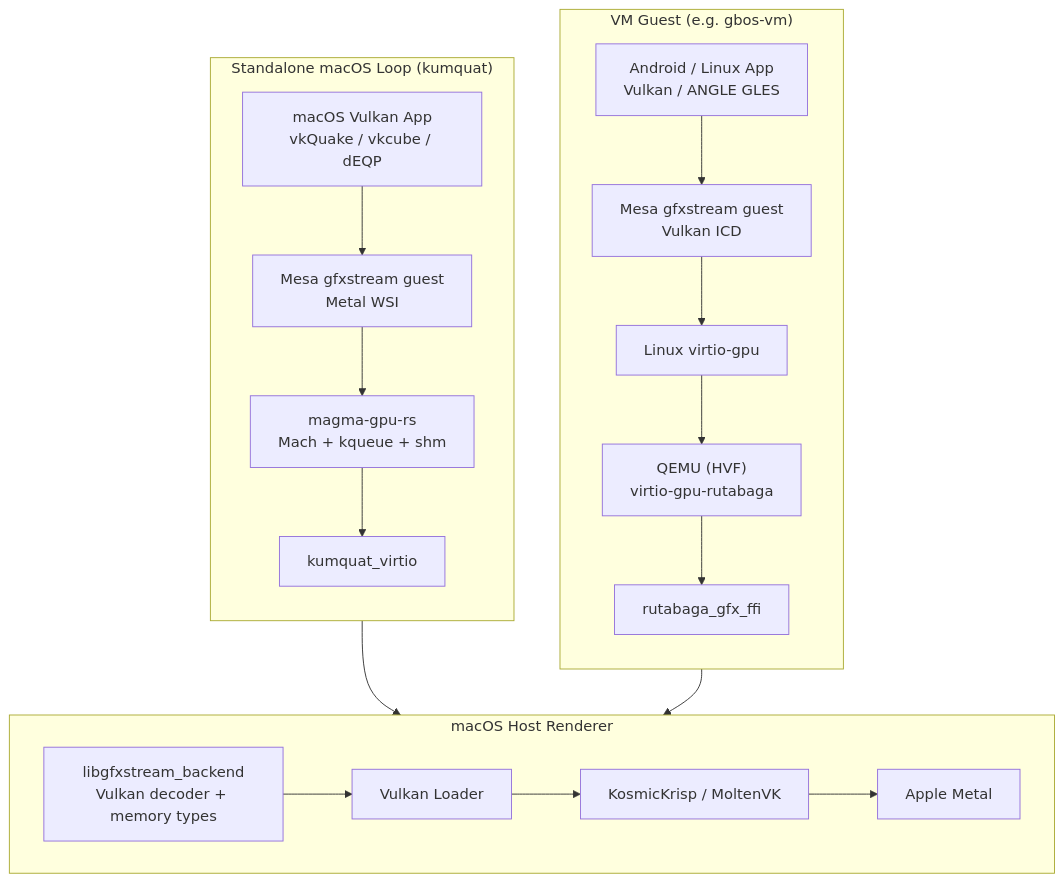
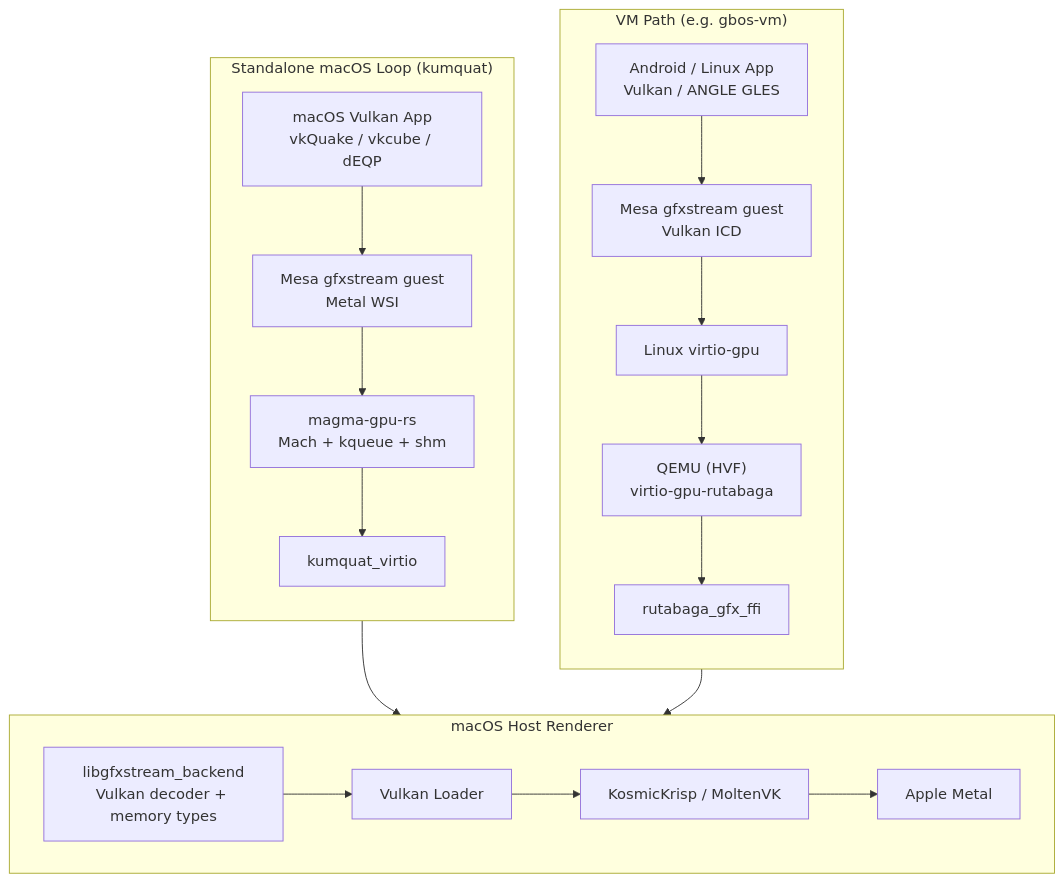
Before and after one commit to utzcoz/utzcoz.github.io: the first of 5 diagrams in _posts/2026-11-21-gfxstream-on-macos.md, drawn with Mermaid. The commit also changed other lines of this file, not shown here.

````diff
--- a/_posts/2026-11-21-gfxstream-on-macos.md
+++ b/_posts/2026-11-21-gfxstream-on-macos.md
@@ -20,33 +20,33 @@
 ```mermaid
 flowchart TB
-    subgraph vm["VM Guest (e.g. gbos-vm)"]
+    subgraph vm["VM Path (e.g. gbos-vm)"]
         direction TB
         AndApp["Android / Linux App<br/>Vulkan / ANGLE GLES"]
         AndGuest["Mesa gfxstream guest<br/>Vulkan ICD"]
         VirtIO["Linux virtio-gpu"]
         QEMU["QEMU (HVF)<br/>virtio-gpu-rutabaga"]
         RutFFI["rutabaga_gfx_ffi"]
         AndApp --> AndGuest --> VirtIO --> QEMU --> RutFFI
     end
 
     subgraph native["Standalone macOS Loop (kumquat)"]
         direction TB
         MacApp["macOS Vulkan App<br/>vkQuake / vkcube / dEQP"]
         MacGuest["Mesa gfxstream guest<br/>Metal WSI"]
         Magma["magma-gpu-rs<br/>Mach + kqueue + shm"]
         Kumquat["kumquat_virtio"]
         MacApp --> MacGuest --> Magma --> Kumquat
     end
 
     subgraph host["macOS Host Renderer"]
         direction LR
         Backend["libgfxstream_backend<br/>Vulkan decoder + memory types"]
         Loader["Vulkan Loader"]
         ICD["KosmicKrisp / MoltenVK"]
         Metal["Apple Metal"]
         Backend --> Loader --> ICD --> Metal
     end
 
     RutFFI --> host
     Kumquat --> host
 ```
````
